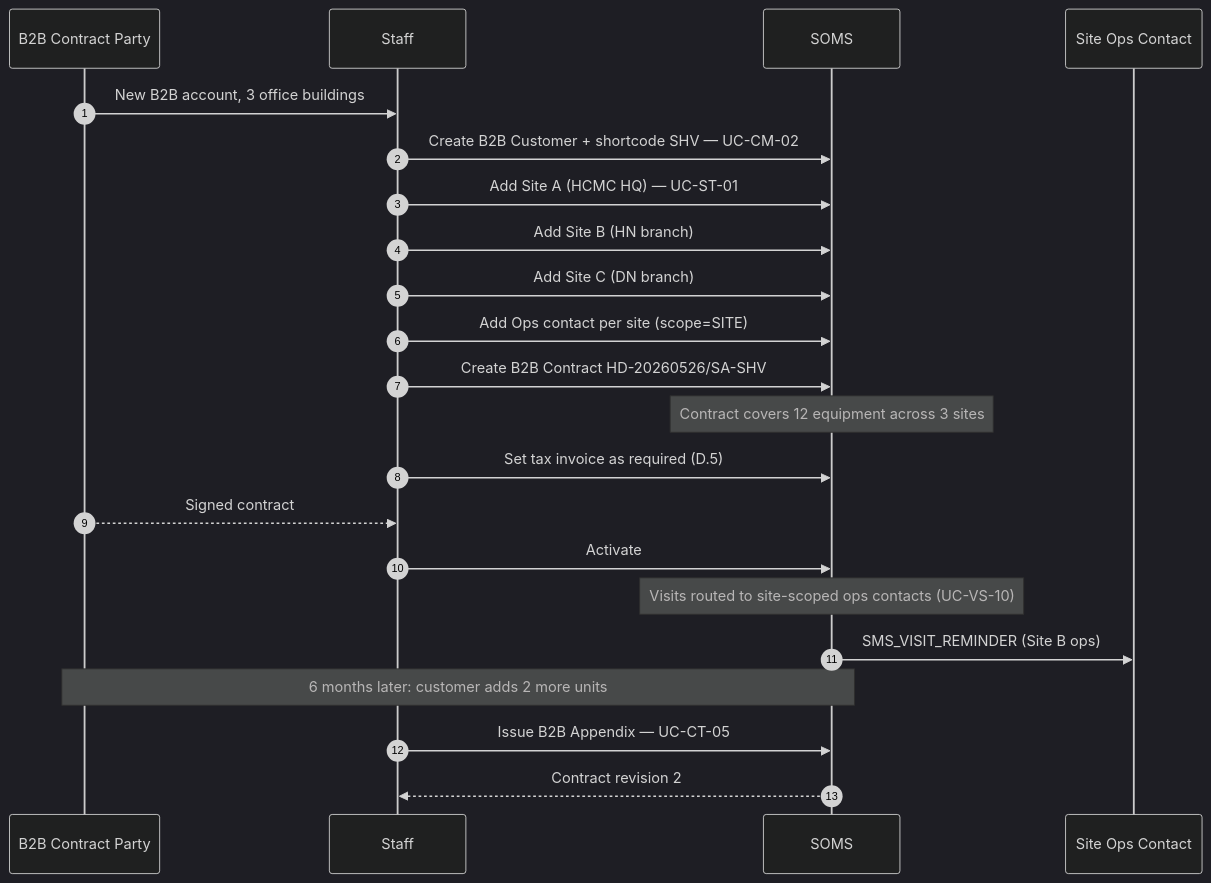
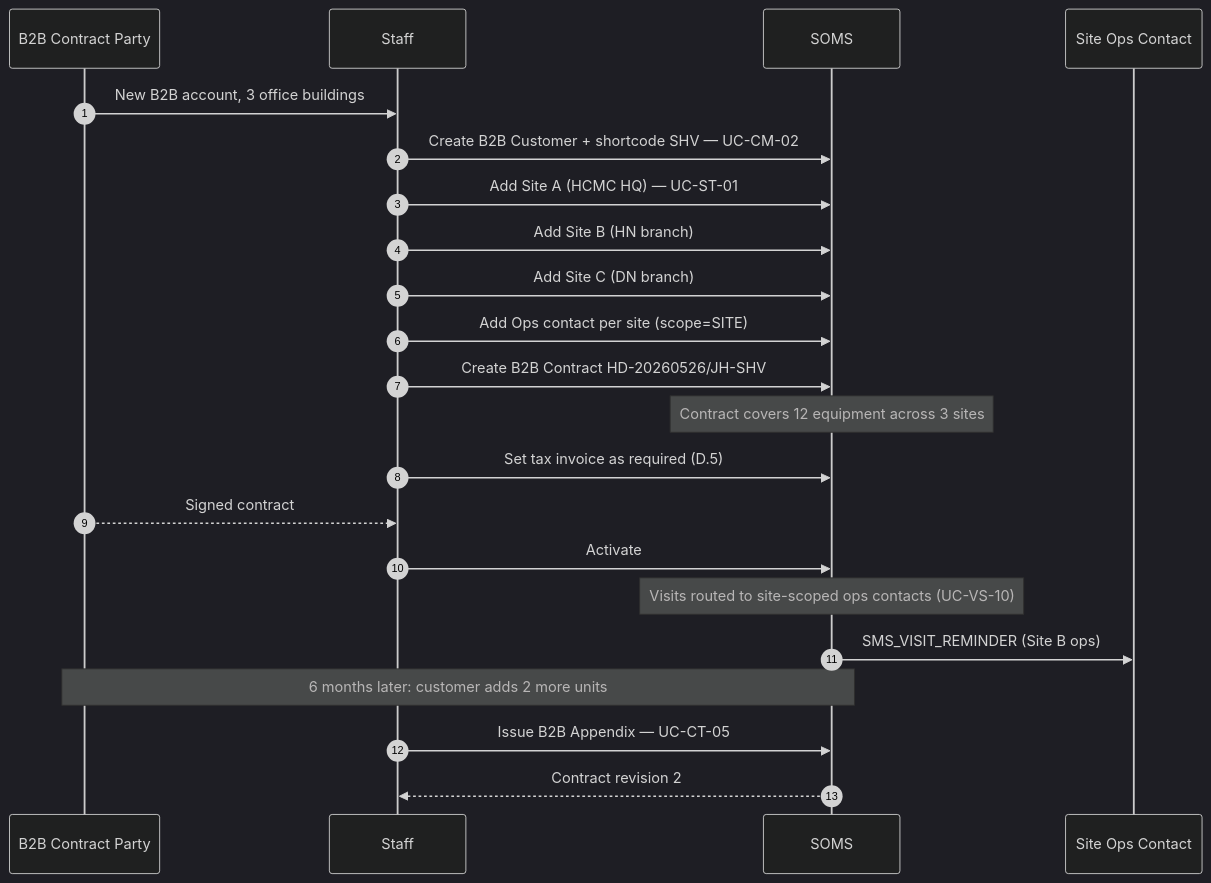
One commit to JoJakeTaemoon/jakes-home-appliances-soms changed diagram 13 of 16 in docs/PRD.md. Above: the diagram before and after it, drawn with Mermaid (dark theme). The commit also changed other lines of this file and 94 other files, not shown here.

````diff
--- a/docs/PRD.md
+++ b/docs/PRD.md
@@ -1301,25 +1301,25 @@
 ```mermaid
 sequenceDiagram
     autonumber
     participant CP as B2B Contract Party
     participant SF as Staff
     participant SYS as SOMS
     participant OPS as Site Ops Contact
 
     CP->>SF: New B2B account, 3 office buildings
     SF->>SYS: Create B2B Customer + shortcode SHV — UC-CM-02
     SF->>SYS: Add Site A (HCMC HQ) — UC-ST-01
     SF->>SYS: Add Site B (HN branch)
     SF->>SYS: Add Site C (DN branch)
     SF->>SYS: Add Ops contact per site (scope=SITE)
-    SF->>SYS: Create B2B Contract HD-20260526/SA-SHV
+    SF->>SYS: Create B2B Contract HD-20260526/JH-SHV
     Note over SYS: Contract covers 12 equipment across 3 sites
     SF->>SYS: Set tax invoice as required (D.5)
     CP-->>SF: Signed contract
     SF->>SYS: Activate
     Note over SYS: Visits routed to site-scoped ops contacts (UC-VS-10)
     SYS->>OPS: SMS_VISIT_REMINDER (Site B ops)
     Note over CP,SYS: 6 months later: customer adds 2 more units
     SF->>SYS: Issue B2B Appendix — UC-CT-05
     SYS-->>SF: Contract revision 2
 ```
````
